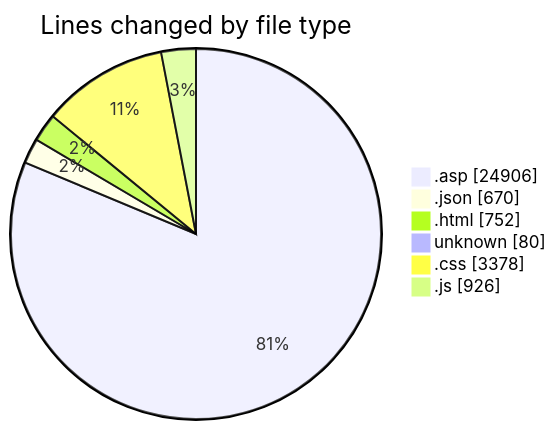
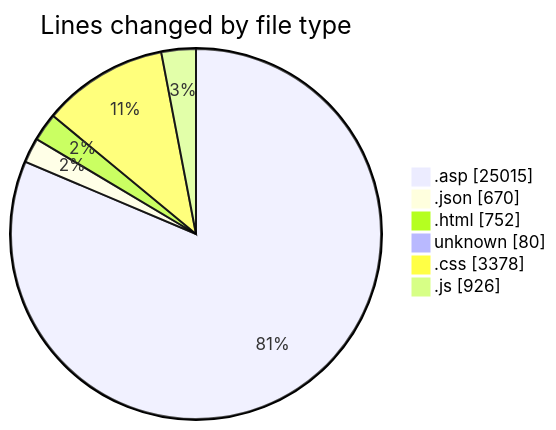
The first of 2 diagrams in 2025-11-01/cdp_aleoudev_fr__workspace_/README.md (julien-gomy/code-tracking), drawn with Mermaid before and after one commit. The commit also changed other lines of this file and 1 other file, not shown here.

````diff
--- a/2025-11-01/cdp_aleoudev_fr__workspace_/README.md
+++ b/2025-11-01/cdp_aleoudev_fr__workspace_/README.md
@@ -39,10 +39,10 @@
 ```mermaid
 pie showData
 title Lines changed by file type
-".asp" : 24906
+".asp" : 25015
 ".json" : 670
 ".html" : 752
 "unknown" : 80
 ".css" : 3378
 ".js" : 926
 ```
````
